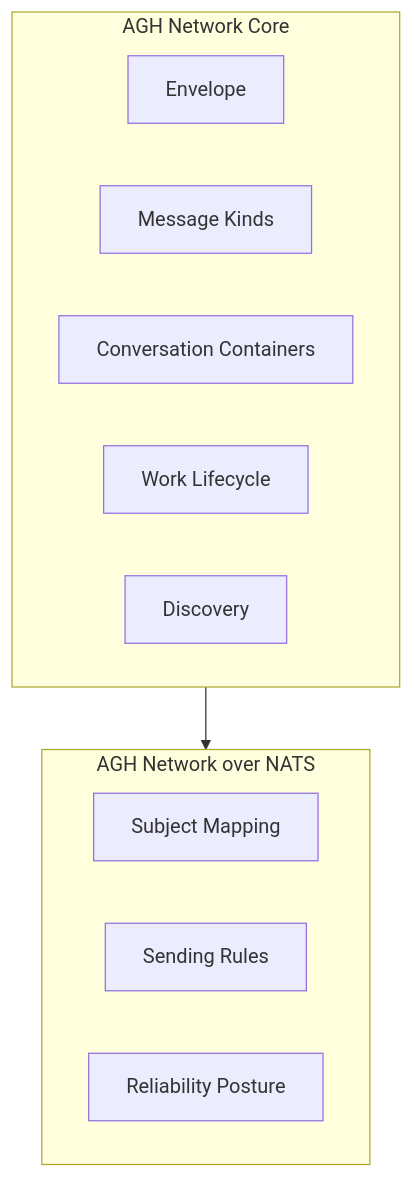
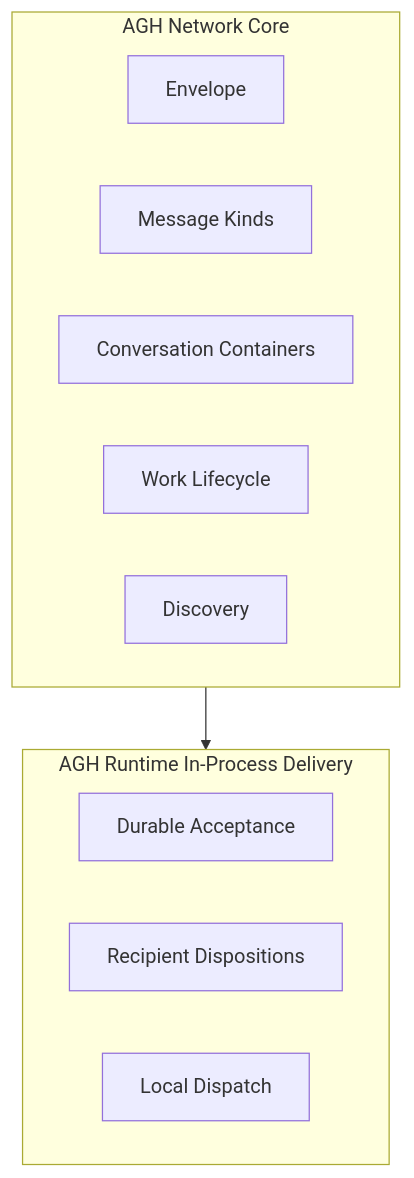
The first of 6 diagrams in docs/rfcs/003_agh-network-v0.md (compozy/agh), drawn with Mermaid before and after one commit. The commit also changed other lines of this file and 1386 other files, not shown here.

````diff
--- a/docs/rfcs/003_agh-network-v0.md
+++ b/docs/rfcs/003_agh-network-v0.md
@@ -224,18 +226,18 @@
 ```mermaid
 flowchart TD
     subgraph L1["AGH Network Core"]
         E["Envelope"]
         K["Message Kinds"]
         C["Conversation Containers"]
         W["Work Lifecycle"]
         D["Discovery"]
     end
 
-    subgraph L2["AGH Network over NATS"]
-        SM["Subject Mapping"]
-        SR["Sending Rules"]
-        RP["Reliability Posture"]
+    subgraph L2["AGH Runtime In-Process Delivery"]
+        AC["Durable Acceptance"]
+        RD["Recipient Dispositions"]
+        DP["Local Dispatch"]
     end
 
     L1 --> L2
 ```
````
